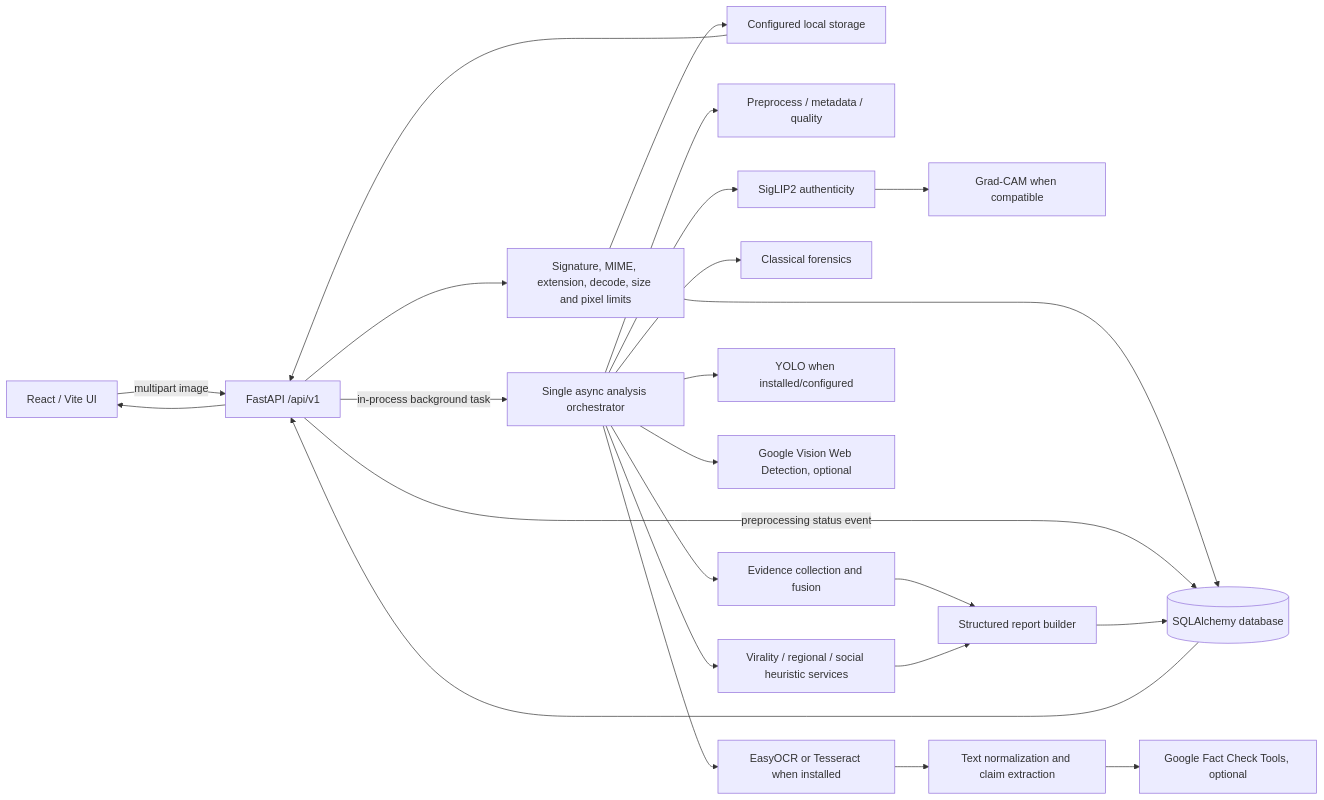
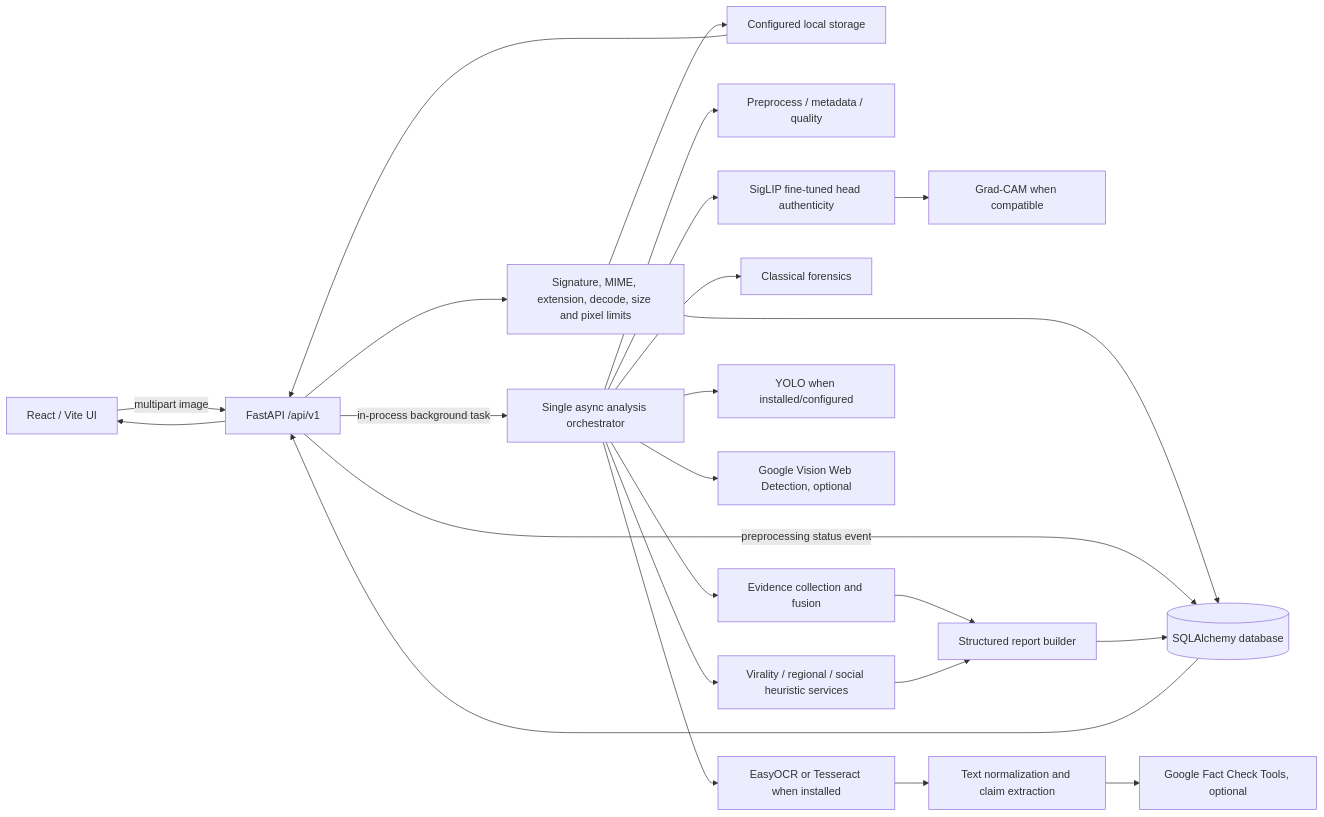
One commit to deepanshu70001/Truthlens changed the diagram in docs/system_architecture.md. Above: the diagram before and after it, drawn with Mermaid. The commit also changed other lines of this file and 157 other files, not shown here.

````diff
--- a/docs/system_architecture.md
+++ b/docs/system_architecture.md
@@ -5,26 +5,26 @@
 ```mermaid
 flowchart LR
   Browser[React / Vite UI] -->|multipart image| API[FastAPI /api/v1]
   API --> Validate[Signature, MIME, extension, decode, size and pixel limits]
   Validate --> Store[Configured local storage]
   Validate --> DB[(SQLAlchemy database)]
   API -->|preprocessing status event| DB
   API -->|in-process background task| Orch[Single async analysis orchestrator]
   Orch --> Prep[Preprocess / metadata / quality]
-  Orch --> Auth[SigLIP2 authenticity]
+  Orch --> Auth[SigLIP fine-tuned head authenticity]
   Orch --> Forensics[Classical forensics]
   Orch --> OCR[EasyOCR or Tesseract when installed]
   Orch --> Vision[YOLO when installed/configured]
   Auth --> XAI[Grad-CAM when compatible]
   OCR --> Claims[Text normalization and claim extraction]
   Claims --> FactCheck[Google Fact Check Tools, optional]
   Orch --> Provenance[Google Vision Web Detection, optional]
   Orch --> Evidence[Evidence collection and fusion]
   Evidence --> Report[Structured report builder]
   Orch --> Analytics[Virality / regional / social heuristic services]
   Analytics --> Report
   Report --> DB
   DB --> API
   Store --> API
   API --> Browser
 ```
````
